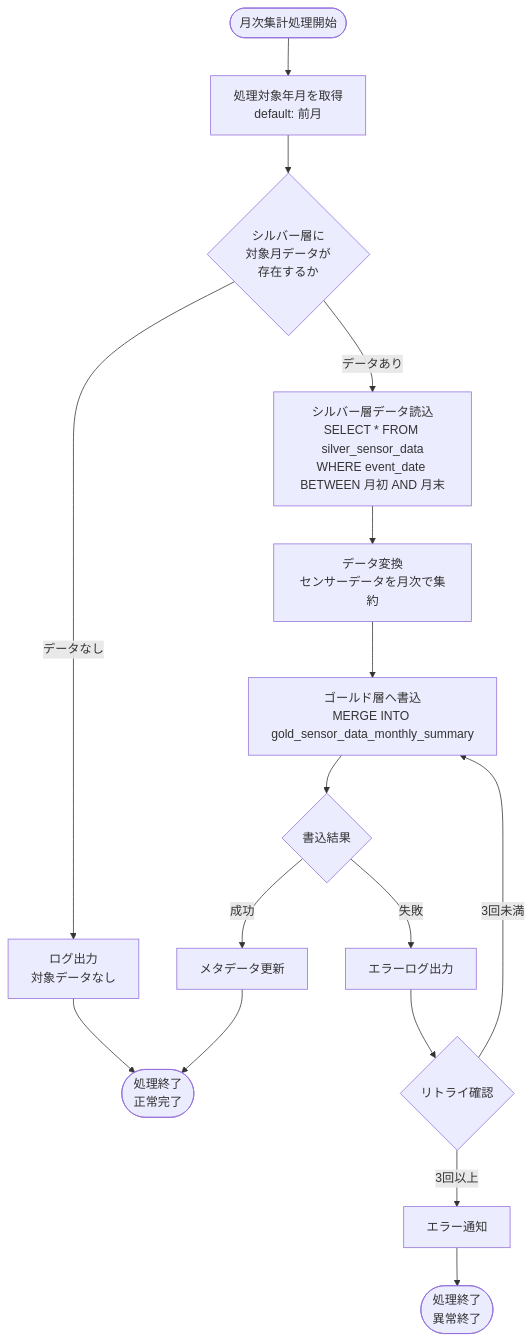
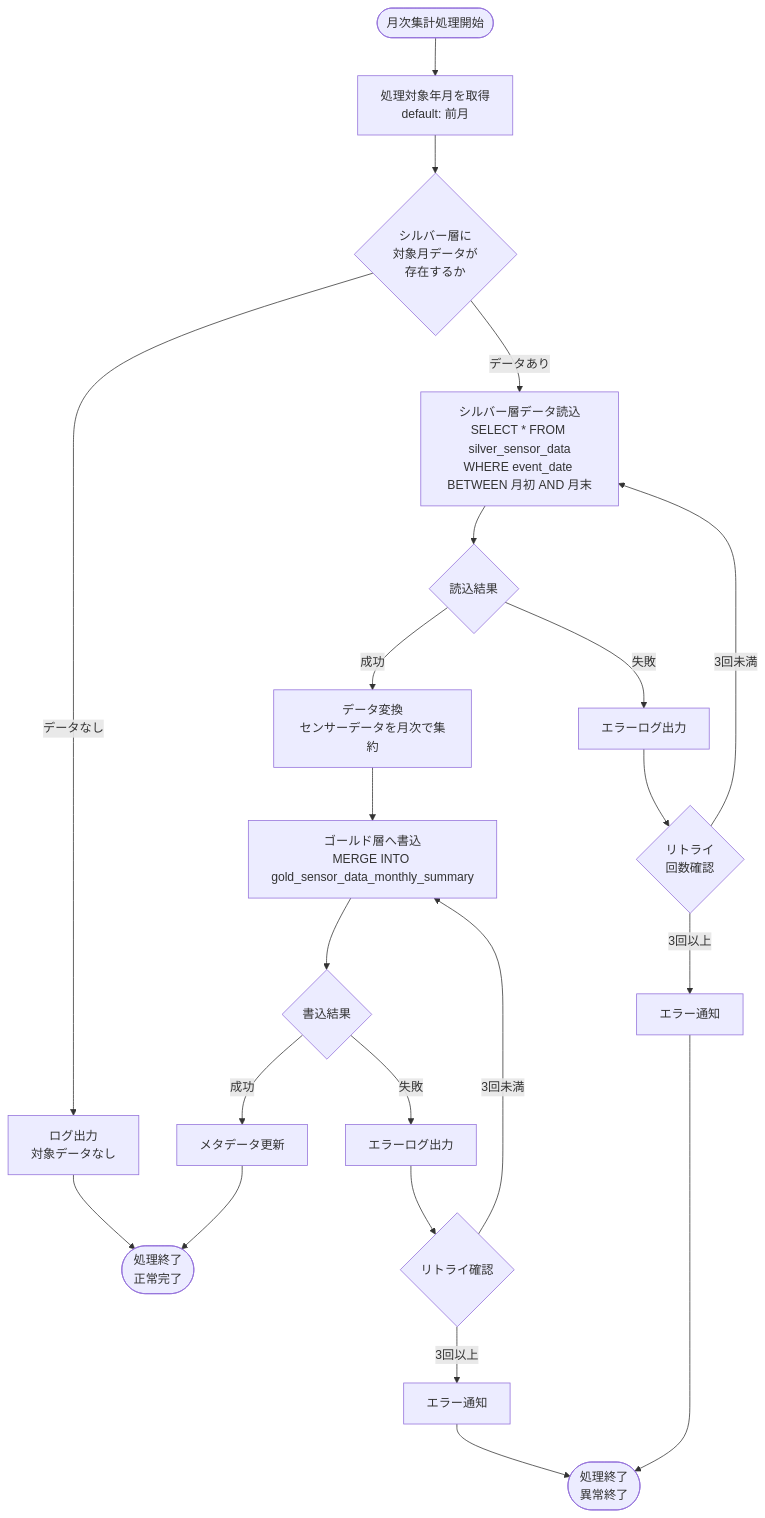
The second of 5 diagrams in docs/03-features/ldp-pipeline/gold_layer/ldp-pipeline-specification.md (NSW-SVCP-AIWG002/Databricks-IoT), drawn with Mermaid before and after one commit. The commit also changed other lines of this file and 1 other file, not shown here.

````diff
--- a/docs/03-features/ldp-pipeline/gold_layer/ldp-pipeline-specification.md
+++ b/docs/03-features/ldp-pipeline/gold_layer/ldp-pipeline-specification.md
@@ -208,22 +208,28 @@
 ```mermaid
 flowchart TD
     Start([月次集計処理開始]) --> GetMonth[処理対象年月を取得<br>default: 前月]
     GetMonth --> CheckSource{シルバー層に<br>対象月データが<br>存在するか}
 
     CheckSource -->|データなし| LogNoData[ログ出力<br>対象データなし]
     LogNoData --> EndSuccess([処理終了<br>正常完了])
 
     CheckSource -->|データあり| ReadSilver[シルバー層データ読込<br>SELECT * FROM silver_sensor_data<br>WHERE event_date BETWEEN 月初 AND 月末]
-    ReadSilver --> Transform[データ変換<br>センサーデータを月次で集約]
+    ReadSilver --> CheckRead{読込結果}
+    CheckRead -->|成功| Transform[データ変換<br>センサーデータを月次で集約]
+    CheckRead -->|失敗| ErrorRead[エラーログ出力]
+    ErrorRead --> RetryRead{リトライ<br>回数確認}
+    RetryRead -->|3回未満| ReadSilver
+    RetryRead -->|3回以上| AlertRead[エラー通知]
+    AlertRead --> EndError
     Transform --> WriteGold[ゴールド層へ書込<br>MERGE INTO gold_sensor_data_monthly_summary]
     WriteGold --> CheckWrite{書込結果}
 
     CheckWrite -->|成功| UpdateMeta[メタデータ更新]
     UpdateMeta --> EndSuccess
 
     CheckWrite -->|失敗| ErrorWrite[エラーログ出力]
     ErrorWrite --> Retry{リトライ確認}
     Retry -->|3回未満| WriteGold
     Retry -->|3回以上| Alert[エラー通知]
     Alert --> EndError([処理終了<br>異常終了])
 ```
````
